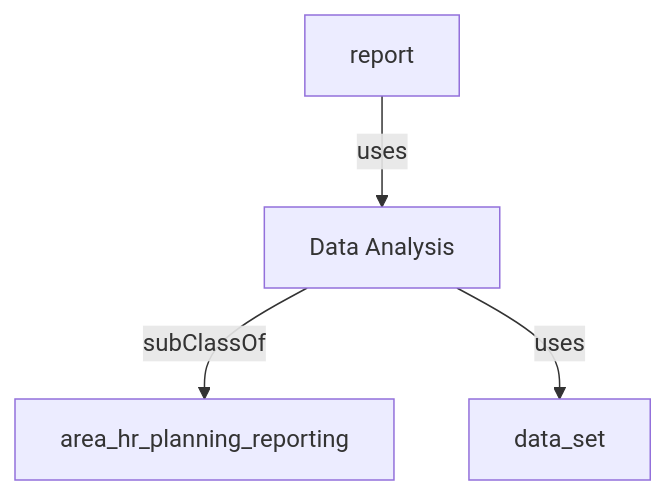
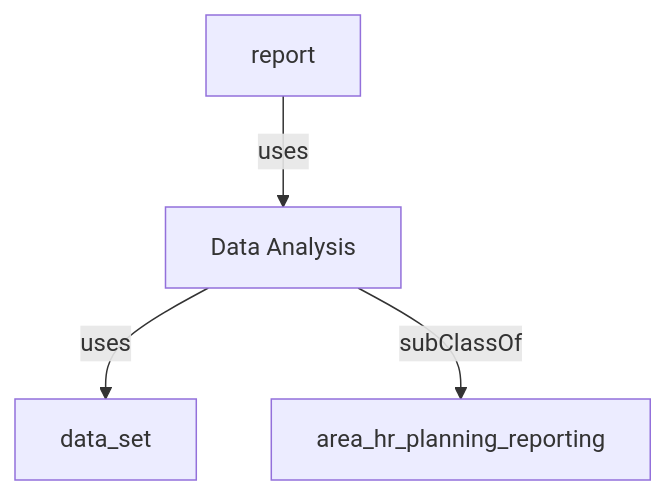
Before and after one commit to heidingaway/heidi2: the diagram in content/hr_data_model/data_analysis.md, drawn with Mermaid. The commit also changed other lines of this file and 350 other files, not shown here.

````diff
--- a/content/hr_data_model/data_analysis.md
+++ b/content/hr_data_model/data_analysis.md
@@ -21,10 +22,10 @@
 ```mermaid
 graph TD
   Data_Analysis["Data Analysis"]:::current-page-node
   area_hr_planning_reporting["area_hr_planning_reporting"]
   data_set["data_set"]
   report["report"]
-  Data_Analysis-->|" subClassOf "|area_hr_planning_reporting
   report-->|" uses "|Data_Analysis
   Data_Analysis-->|" uses "|data_set
+  Data_Analysis-->|" subClassOf "|area_hr_planning_reporting
 ```
````
